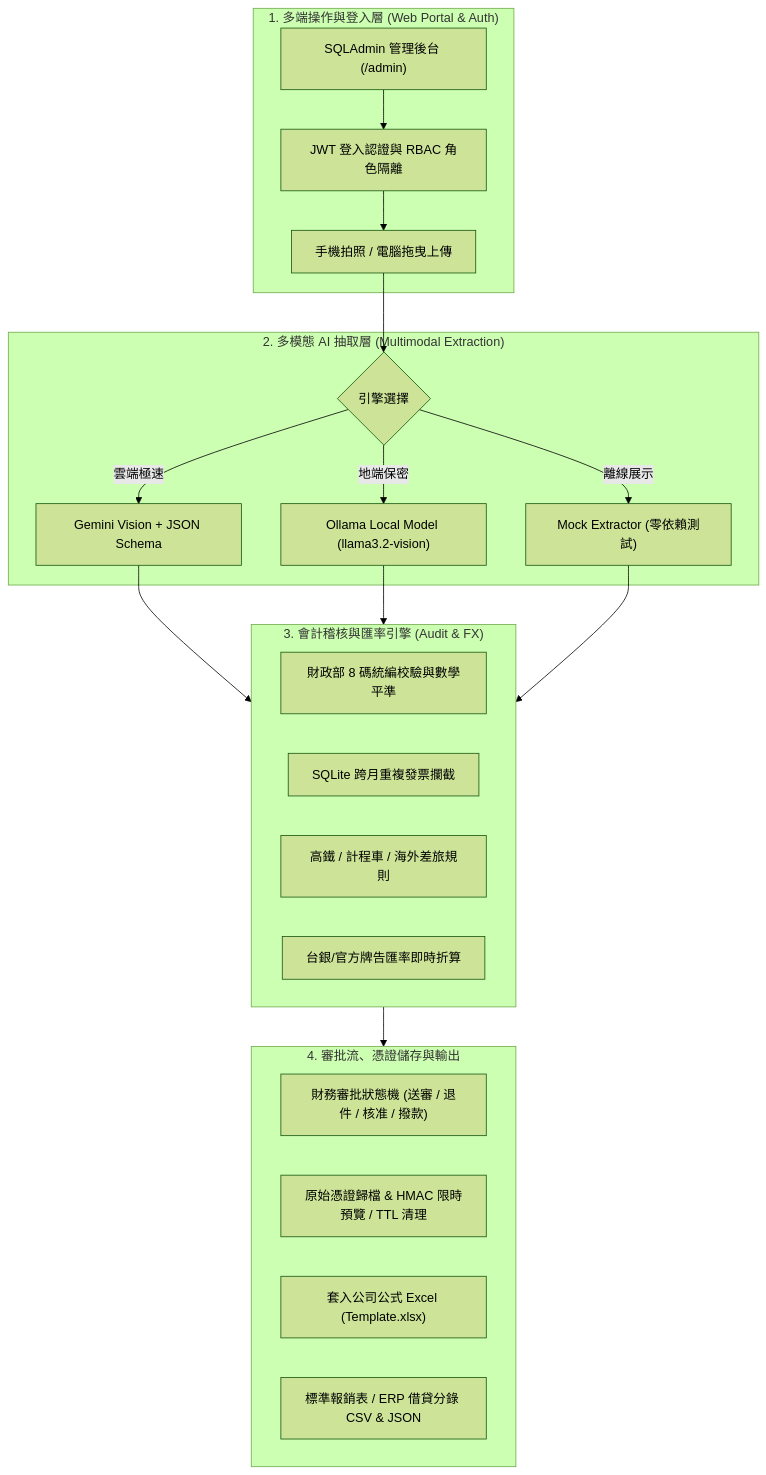
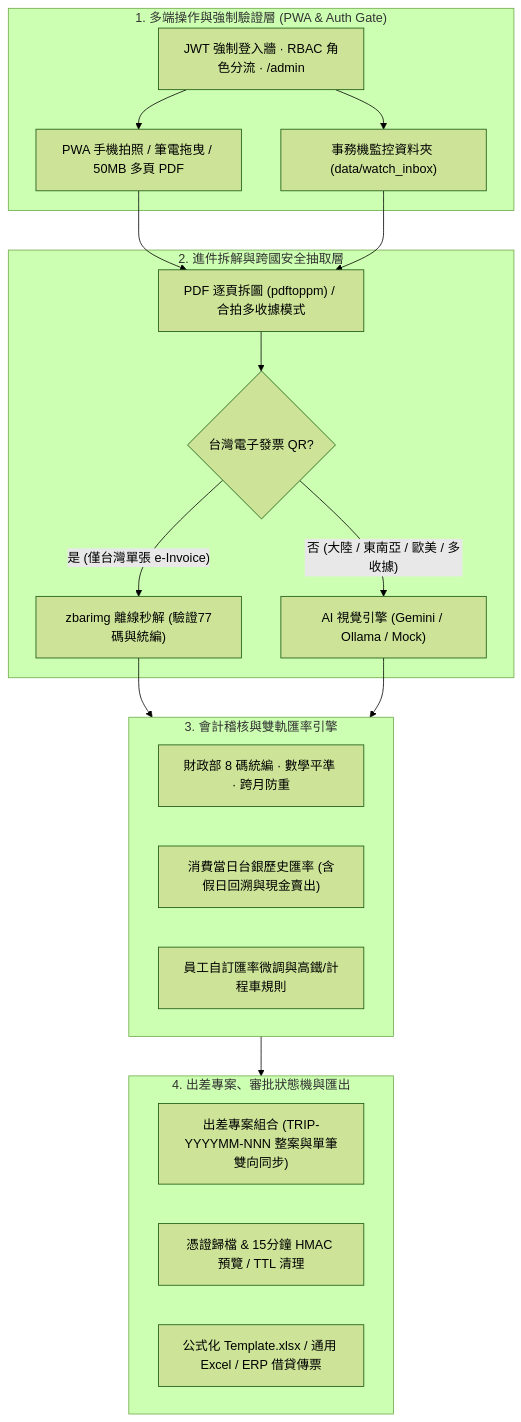
The diagram in README.md (Json105/AI-Invoice-Auditor), drawn with Mermaid (forest theme) before and after one commit. The commit also changed other lines of this file and 3 other files, not shown here.

Commit message:
docs: update bilingual READMEs with latest features and expose Ollama option in web UI

````diff
--- a/README.md
+++ b/README.md
@@ -79,37 +78,38 @@
 ```mermaid
 flowchart TD
-    subgraph Client["1. 多端操作與登入層 (Web Portal & Auth)"]
-        U1["手機拍照 / 電腦拖曳上傳"]
-        U2["JWT 登入認證與 RBAC 角色隔離"]
-        U3["SQLAdmin 管理後台 (/admin)"]
+    subgraph Client["1. 多端操作與強制驗證層 (PWA & Auth Gate)"]
+        U1["PWA 手機拍照 / 筆電拖曳 / 50MB 多頁 PDF"]
+        U2["事務機監控資料夾 (data/watch_inbox)"]
+        U3["JWT 強制登入牆 · RBAC 角色分流 · /admin"]
     end
 
-    subgraph AI_Engine["2. 多模態 AI 抽取層 (Multimodal Extraction)"]
-        M1{"引擎選擇"}
-        M1 -->|雲端極速| G["Gemini Vision + JSON Schema"]
-        M1 -->|地端保密| O["Ollama Local Model (llama3.2-vision)"]
-        M1 -->|離線展示| MC["Mock Extractor (零依賴測試)"]
+    subgraph PreIngest["2. 進件拆解與跨國安全抽取層"]
+        P1["PDF 逐頁拆圖 (pdftoppm) / 合拍多收據模式"]
+        Q1{"台灣電子發票 QR?"}
+        Q2["zbarimg 離線秒解 (驗證77碼與統編)"]
+        M1["AI 視覺引擎 (Gemini / Ollama / Mock)"]
     end
 
-    subgraph Audit_FX["3. 會計稽核與匯率引擎 (Audit & FX)"]
-        A1["財政部 8 碼統編校驗與數學平準"]
-        A2["SQLite 跨月重複發票攔截"]
-        A3["高鐵 / 計程車 / 海外差旅規則"]
-        A4["台銀/官方牌告匯率即時折算"]
+    subgraph Audit_FX["3. 會計稽核與雙軌匯率引擎"]
+        A1["財政部 8 碼統編 · 數學平準 · 跨月防重"]
+        A2["消費當日台銀歷史匯率 (含假日回溯與現金賣出)"]
+        A3["員工自訂匯率微調與高鐵/計程車規則"]
     end
 
-    subgraph Workflow_Export["4. 審批流、憑證儲存與輸出"]
-        W1["財務審批狀態機 (送審 / 退件 / 核准 / 撥款)"]
-        W2["原始憑證歸檔 & HMAC 限時預覽 / TTL 清理"]
-        O1["套入公司公式 Excel (Template.xlsx)"]
-        O2["標準報銷表 / ERP 借貸分錄 CSV & JSON"]
+    subgraph Workflow_Export["4. 出差專案、審批狀態機與匯出"]
+        W1["出差專案組合 (TRIP-YYYYMM-NNN 整案與單筆雙向同步)"]
+        W2["憑證歸檔 & 15分鐘 HMAC 預覽 / TTL 清理"]
+        O1["公式化 Template.xlsx / 通用 Excel / ERP 借貸傳票"]
     end
 
-    U1 --> M1
-    U2 --> U1
+    U3 --> U1
     U3 --> U2
-    G --> Audit_FX
-    O --> Audit_FX
-    MC --> Audit_FX
+    U1 --> P1
+    U2 --> P1
+    P1 --> Q1
+    Q1 -->|"是 (僅台灣單張 e-Invoice)"| Q2
+    Q1 -->|"否 (大陸 / 東南亞 / 歐美 / 多收據)"| M1
+    Q2 --> Audit_FX
+    M1 --> Audit_FX
     Audit_FX --> Workflow_Export
 ```
````
